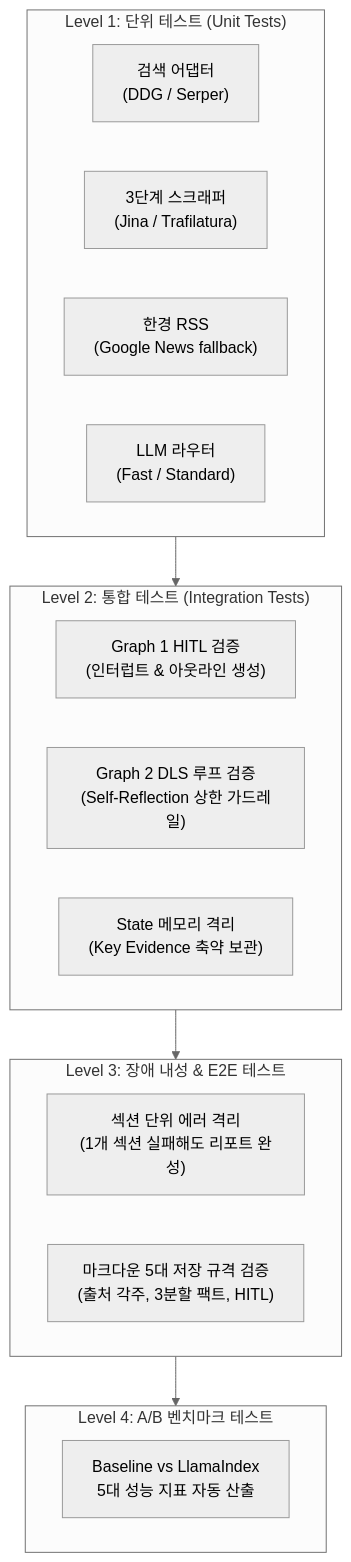
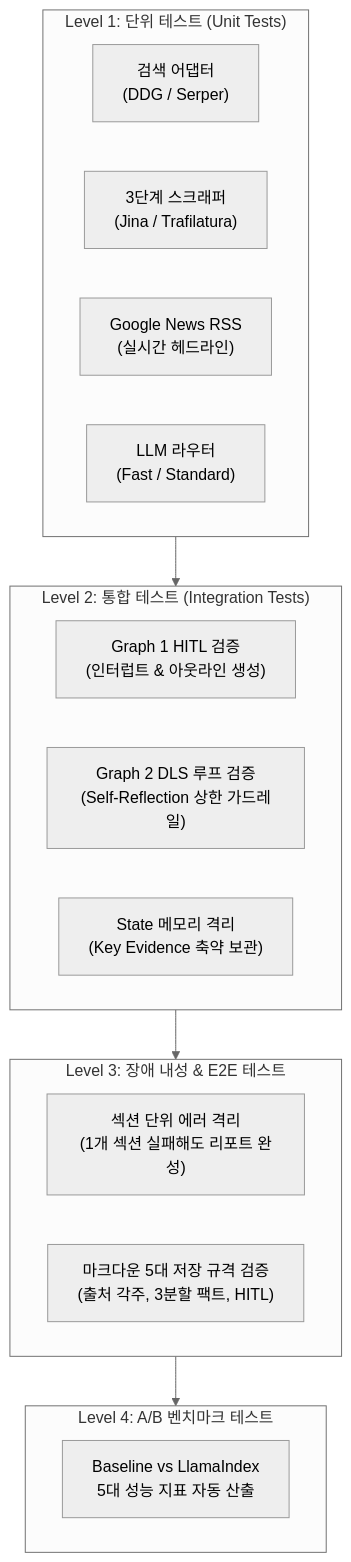
One commit to zoofighter/dynamic-research changed the diagram in docs/test_plan_20261004.md. Above: the diagram before and after it, drawn with Mermaid (neutral theme). The commit also changed other lines of this file and 26 other files, not shown here.

````diff
--- a/docs/test_plan_20261004.md
+++ b/docs/test_plan_20261004.md
@@ -60,26 +60,26 @@
 ```mermaid
 flowchart TD
     subgraph Level1["Level 1: 단위 테스트 (Unit Tests)"]
         U1["검색 어댑터\n(DDG / Serper)"]
         U2["3단계 스크래퍼\n(Jina / Trafilatura)"]
-        U3["한경 RSS\n(Google News fallback)"]
+        U3["Google News RSS\n(실시간 헤드라인)"]
         U4["LLM 라우터\n(Fast / Standard)"]
     end
 
     subgraph Level2["Level 2: 통합 테스트 (Integration Tests)"]
         I1["Graph 1 HITL 검증\n(인터럽트 & 아웃라인 생성)"]
         I2["Graph 2 DLS 루프 검증\n(Self-Reflection 상한 가드레일)"]
         I3["State 메모리 격리\n(Key Evidence 축약 보관)"]
     end
 
     subgraph Level3["Level 3: 장애 내성 & E2E 테스트"]
         E1["섹션 단위 에러 격리\n(1개 섹션 실패해도 리포트 완성)"]
         E2["마크다운 5대 저장 규격 검증\n(출처 각주, 3분할 팩트, HITL)"]
     end
 
     subgraph Level4["Level 4: A/B 벤치마크 테스트"]
         B1["Baseline vs LlamaIndex\n5대 성능 지표 자동 산출"]
     end
 
     Level1 --> Level2 --> Level3 --> Level4
 ```
````
